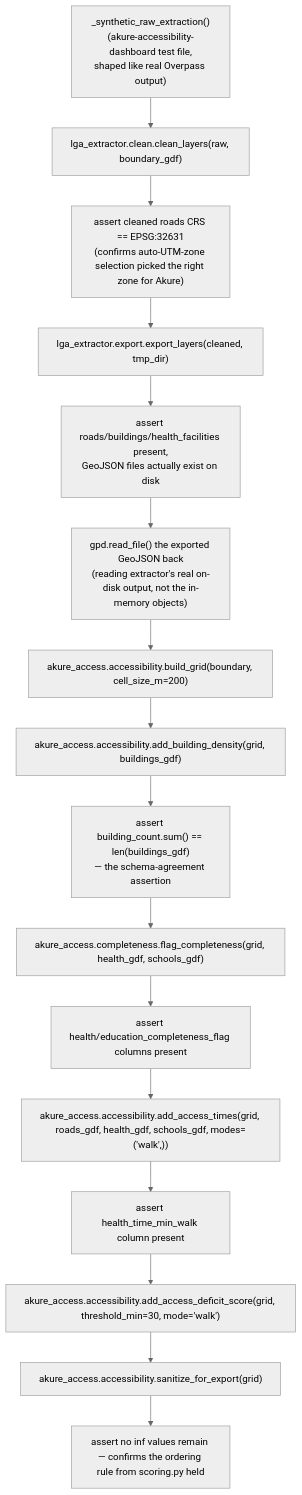
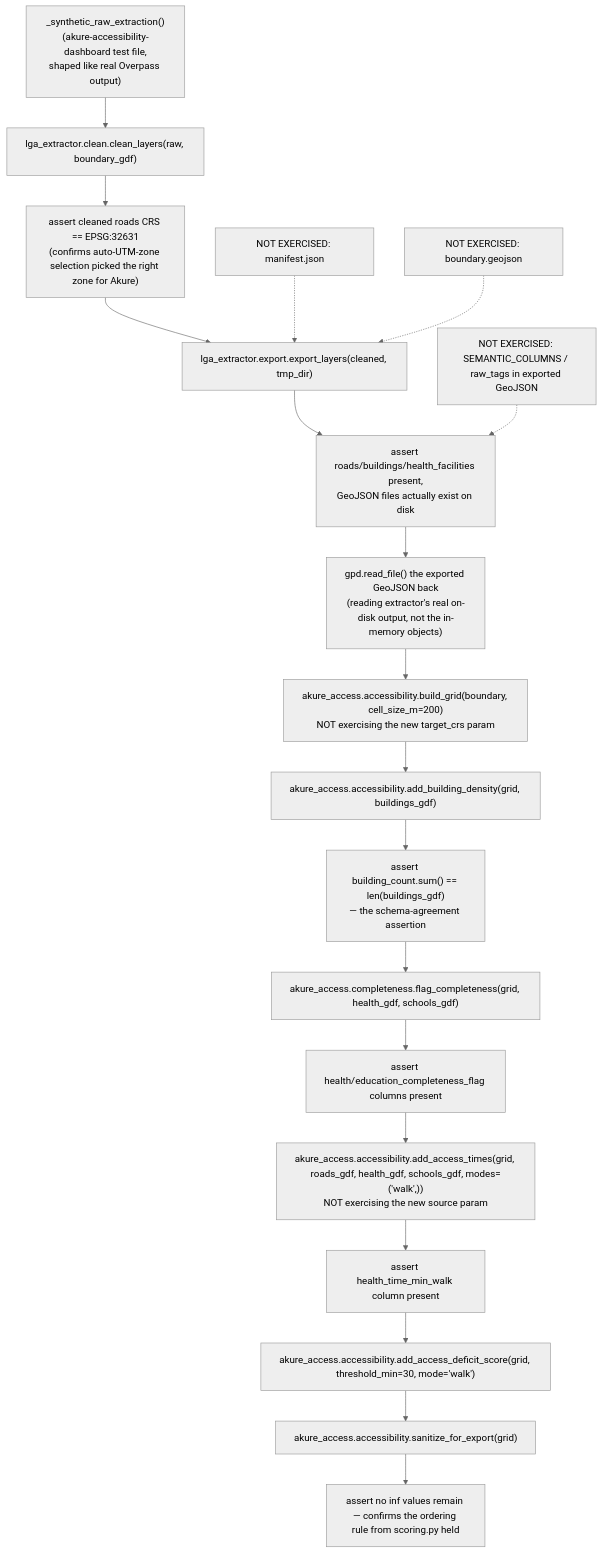
One commit to Mapkathon2026-UseOSM/UseOSM_Mapkathon-Submission-documentation changed the diagram in docs/cross-repo/integration.md. Above: the diagram before and after it, drawn with Mermaid (neutral theme). The commit also changed other lines of this file and 12 other files, not shown here.

````diff
--- a/docs/cross-repo/integration.md
+++ b/docs/cross-repo/integration.md
@@ -141,18 +171,22 @@
 ```mermaid
 flowchart TD
     A["_synthetic_raw_extraction()<br/>(akure-accessibility-dashboard test file,<br/>shaped like real Overpass output)"] --> B["lga_extractor.clean.clean_layers(raw, boundary_gdf)"]
     B --> C["assert cleaned roads CRS == EPSG:32631<br/>(confirms auto-UTM-zone selection picked the right zone for Akure)"]
     C --> D["lga_extractor.export.export_layers(cleaned, tmp_dir)"]
     D --> E["assert roads/buildings/health_facilities present,<br/>GeoJSON files actually exist on disk"]
     E --> F["gpd.read_file() the exported GeoJSON back<br/>(reading extractor's real on-disk output, not the in-memory objects)"]
-    F --> G["akure_access.accessibility.build_grid(boundary, cell_size_m=200)"]
+    F --> G["akure_access.accessibility.build_grid(boundary, cell_size_m=200)<br/>NOT exercising the new target_crs param"]
     G --> H["akure_access.accessibility.add_building_density(grid, buildings_gdf)"]
     H --> I["assert building_count.sum() == len(buildings_gdf)<br/>— the schema-agreement assertion"]
     I --> J["akure_access.completeness.flag_completeness(grid, health_gdf, schools_gdf)"]
     J --> K["assert health/education_completeness_flag columns present"]
-    K --> L["akure_access.accessibility.add_access_times(grid, roads_gdf, health_gdf, schools_gdf, modes=('walk',))"]
+    K --> L["akure_access.accessibility.add_access_times(grid, roads_gdf, health_gdf, schools_gdf, modes=('walk',))<br/>NOT exercising the new source param"]
     L --> M["assert health_time_min_walk column present"]
     M --> N["akure_access.accessibility.add_access_deficit_score(grid, threshold_min=30, mode='walk')"]
     N --> O["akure_access.accessibility.sanitize_for_export(grid)"]
     O --> P["assert no inf values remain — confirms the ordering rule from scoring.py held"]
+
+    Q["NOT EXERCISED: manifest.json"] -.-> D
+    R["NOT EXERCISED: boundary.geojson"] -.-> D
+    S["NOT EXERCISED: SEMANTIC_COLUMNS / raw_tags in exported GeoJSON"] -.-> E
 ```
````
